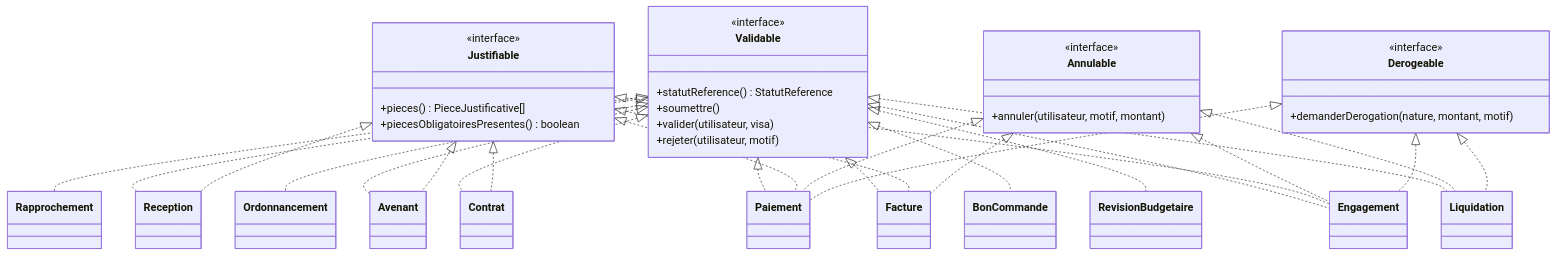
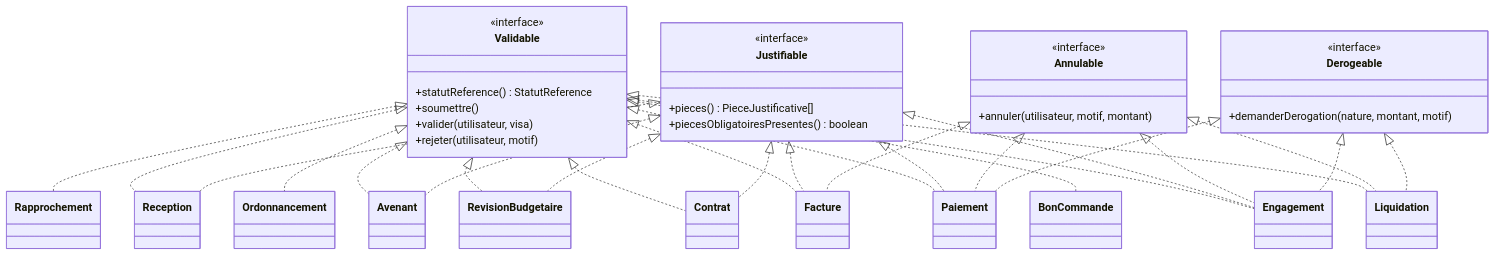
One commit to LordPhenixDeNetra/hopitalia-budget changed the eighth of 18 diagrams in docs/Cahier_des_charges_Module_Budgetaire_Hopitalia_V3.md. Above: the diagram before and after it, drawn with Mermaid. The commit also changed other lines of this file, not shown here.

First line of the commit message:
docs(spec): record workflow rules and revision life cycle

````diff
--- a/docs/Cahier_des_charges_Module_Budgetaire_Hopitalia_V3.md
+++ b/docs/Cahier_des_charges_Module_Budgetaire_Hopitalia_V3.md
@@ -936,59 +937,60 @@
 ```mermaid
 classDiagram
 direction TB
 class Validable {
   <<interface>>
   +statutReference() StatutReference
   +soumettre()
   +valider(utilisateur, visa)
   +rejeter(utilisateur, motif)
 }
 class Justifiable {
   <<interface>>
   +pieces() PieceJustificative[]
   +piecesObligatoiresPresentes() boolean
 }
 class Annulable {
   <<interface>>
   +annuler(utilisateur, motif, montant)
 }
 class Derogeable {
   <<interface>>
   +demanderDerogation(nature, montant, motif)
 }
 class Engagement
 class Contrat
 class Avenant
 class RevisionBudgetaire
 class BonCommande
 class Reception
 class Facture
 class Liquidation
 class Ordonnancement
 class Paiement
 class Rapprochement
 Validable <|.. Engagement
 Validable <|.. Contrat
 Validable <|.. Avenant
 Validable <|.. RevisionBudgetaire
 Validable <|.. BonCommande
 Validable <|.. Reception
 Validable <|.. Facture
 Validable <|.. Liquidation
 Validable <|.. Ordonnancement
 Validable <|.. Paiement
 Validable <|.. Rapprochement
 Justifiable <|.. Engagement
+Justifiable <|.. RevisionBudgetaire
 Justifiable <|.. Contrat
 Justifiable <|.. Avenant
 Justifiable <|.. Reception
 Justifiable <|.. Facture
 Justifiable <|.. Paiement
 Annulable <|.. Engagement
 Annulable <|.. Facture
 Annulable <|.. Liquidation
 Annulable <|.. Paiement
 Derogeable <|.. Engagement
 Derogeable <|.. Liquidation
 Derogeable <|.. Paiement
 ```
````
